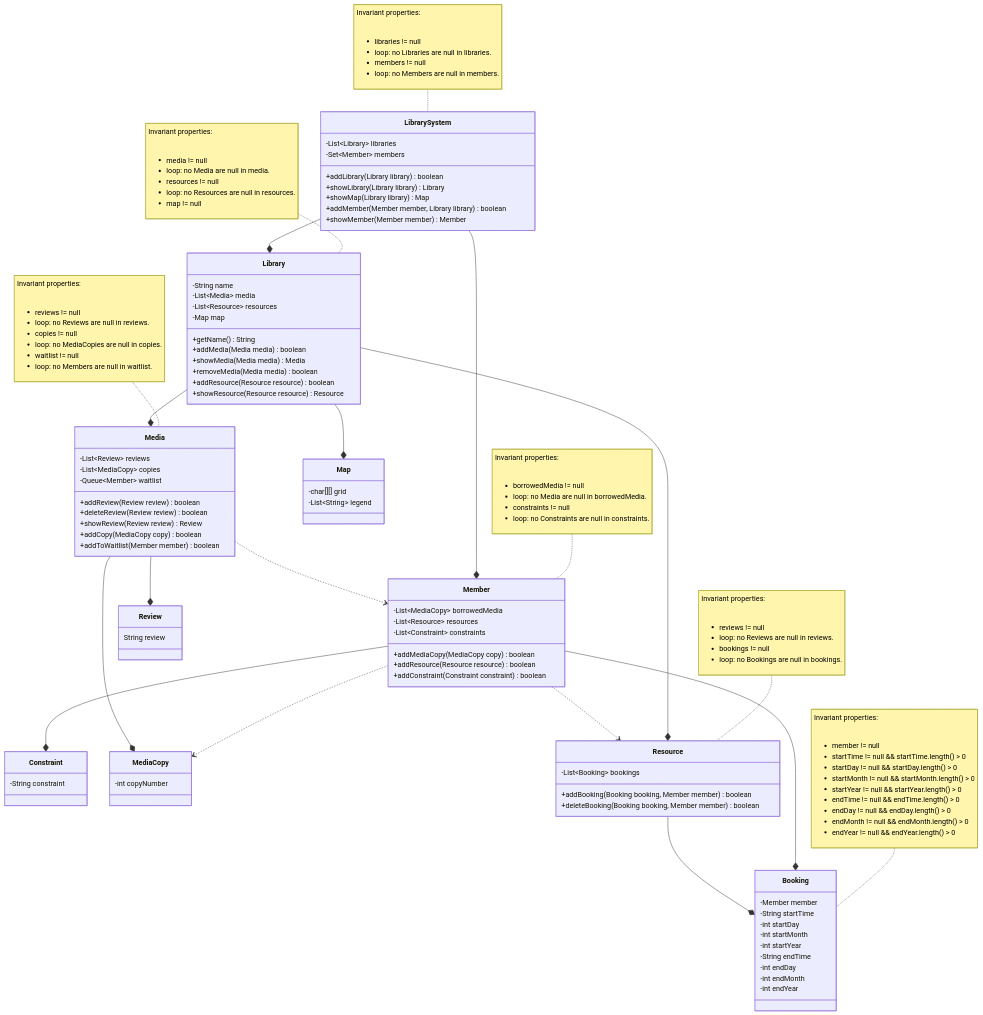
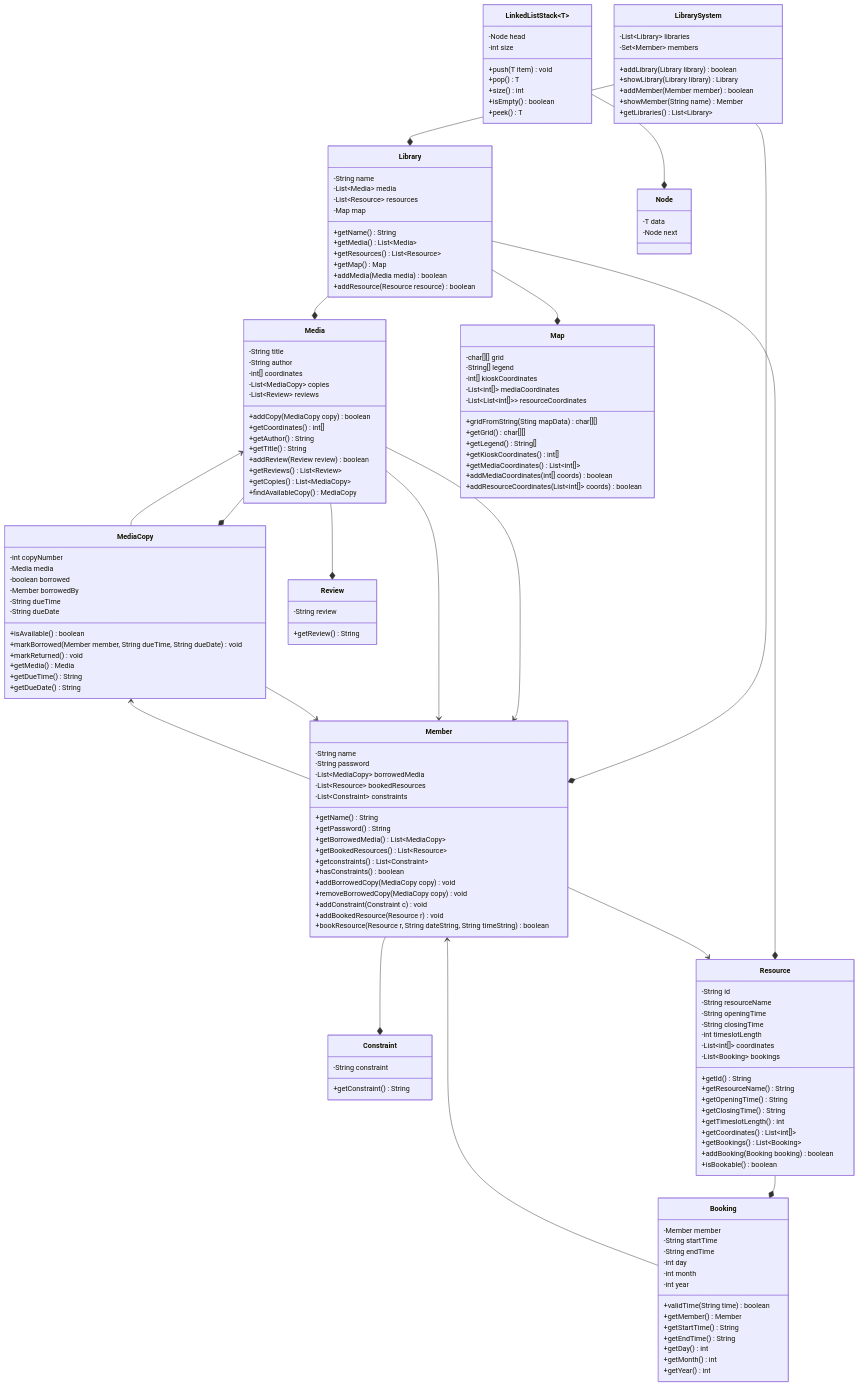
Before and after one commit to tsuki0272/Library_Manager_Project: the sixth of 6 diagrams in README.md, drawn with Mermaid. The commit also changed other lines of this file and 45 other files, not shown here.

````diff
--- a/README.md
+++ b/README.md
@@ -123,14 +162,12 @@
     class LibrarySystem {
         -List~Library~ libraries
         -Set~Member~ members
-        
+
         +addLibrary(Library library) boolean
         +showLibrary(Library library) Library
-        
-        +showMap(Library library) Map
-        
-        +addMember(Member member, Library library) boolean
-        +showMember(Member member) Member
+        +addMember(Member member) boolean
+        +showMember(String name) Member
+        +getLibraries() List~Library~
     }
 
     class Library {
@@ -140,156 +177,168 @@
         -Map map
 
         +getName() String
-
+        +getMedia() List~Media~
+        +getResources() List~Resource~
+        +getMap() Map
         +addMedia(Media media) boolean
-        +showMedia(Media media) Media
-        +removeMedia(Media media) boolean
-        
         +addResource(Resource resource) boolean
-        +showResource(Resource resource) Resource
     }
 
     class Member {
+        -String name
+        -String password
         -List~MediaCopy~ borrowedMedia
-        -List~Resource~ resources
+        -List~Resource~ bookedResources
         -List~Constraint~ constraints
-        
-        +addMediaCopy(MediaCopy copy) boolean
-        +addResource(Resource resource) boolean
-        +addConstraint(Constraint constraint) boolean
+
+        +getName() String
+        +getPassword() String
+        +getBorrowedMedia() List~MediaCopy~
+        +getBookedResources() List~Resource~
+        +getconstraints() List~Constraint~
+        +hasConstraints() boolean
+        +addBorrowedCopy(MediaCopy copy) void
+        +removeBorrowedCopy(MediaCopy copy) void
+        +addConstraint(Constraint c) void
+        +addBookedResource(Resource r) void
+        +bookResource(Resource r, String dateString, String timeString) boolean
     }
-    
+
     class Constraint {
         -String constraint
+        +getConstraint() String
     }
 
     class Media {
+        -String title
+        -String author
+        -int[] coordinates
+        -List~MediaCopy~ copies
         -List~Review~ reviews
-        -List~MediaCopy~ copies
-        -Queue~Member~ waitlist
-        
+
+        +addCopy(MediaCopy copy) boolean
+        +getCoordinates() int[]
+        +getAuthor() String
+        +getTitle() String
         +addReview(Review review) boolean
-        +deleteReview(Review review) boolean
-        +showReview(Review review) Review
-        
-        +addCopy(MediaCopy copy) boolean
-        +addToWaitlist(Member member) boolean
+        +getReviews() List~Review~
+        +getCopies() List~MediaCopy~
+        +findAvailableCopy() MediaCopy
     }
 
     class MediaCopy {
         -int copyNumber
+        -Media media
+        -boolean borrowed
+        -Member borrowedBy
+        -String dueTime
+        -String dueDate
+
+        +isAvailable() boolean
+        +markBorrowed(Member member, String dueTime, String dueDate) void
+        +markReturned() void
+        +getMedia() Media
+        +getDueTime() String
+        +getDueDate() String
     }
-    
+
     class Resource {
+        -String id
+        -String resourceName
+        -String openingTime
+        -String closingTime
+        -int timeslotLength
+        -List~int[]~ coordinates
         -List~Booking~ bookings
 
-        +addBooking(Booking booking, Member member) boolean
-        +deleteBooking(Booking booking, Member member) boolean
+        +getId() String
+        +getResourceName() String
+        +getOpeningTime() String
+        +getClosingTime() String
+        +getTimeslotLength() int
+        +getCoordinates() List~int[]~
+        +getBookings() List~Booking~
+        +addBooking(Booking booking) boolean
+        +isBookable() boolean
     }
-    
+
     class Review {
-        String review
+        -String review
+        +getReview() String
     }
-    
+
     class Booking {
         -Member member
-        
         -String startTime
-        -int startDay
-        -int startMonth
-        -int startYear
+        -String endTime
+        -int day
+        -int month
+        -int year
 
-        -String endTime
-        -int endDay
-        -int endMonth
-        -int endYear
+        +validTime(String time) boolean
+        +getMember() Member
+        +getStartTime() String
+        +getEndTime() String
+        +getDay() int
+        +getMonth() int
+        +getYear() int
     }
-    
+
     class Map {
         -char[][] grid
-        -List~String~ legend
+        -String[] legend
+        -int[] kioskCoordinates
+        -List~int[]~ mediaCoordinates
+        -List~List~int[]~~ resourceCoordinates
+
+        +gridFromString(Sting mapData) char[][]
+        +getGrid() char[][]
+        +getLegend() String[]
+        +getKioskCoordinates() int[]
+        +getMediaCoordinates() List~int[]~
+        +addMediaCoordinates(int[] coords) boolean
+        +addResourceCoordinates(List~int[]~ coords) boolean
     }
 
-    note for LibrarySystem "Invariant properties:
-    <ul>
-        <li>libraries != null
-        <li>loop: no Libraries are null in libraries.
+    class LinkedListStack~T~ {
+        -Node head
+        -int size
         
-        <li>members != null
-        <li>loop: no Members are null in members.
-    </ul>"
+        +push(T item) void
+        +pop() T
+        +size() int
+        +isEmpty() boolean
+        +peek() T
+    }
 
-    note for Library "Invariant properties:
-    <ul>
-        <li>media != null
-        <li>loop: no Media are null in media.
-        
-        <li>resources != null
-        <li>loop: no Resources are null in resources.
-        
-        <li>map != null
-    </ul>"
+    class Node {
+        -T data
+        -Node next
+    }
 
-    note for Member "Invariant properties:
-    <ul>
-        <li>borrowedMedia != null
-        <li>loop: no Media are null in borrowedMedia.
-        
-        <li>constraints != null
-        <li>loop: no Constraints are null in constraints.
-    </ul>"
-
-    note for Media "Invariant properties:
-    <ul>
-        <li>reviews != null
-        <li>loop: no Reviews are null in reviews.
-        
-        <li>copies != null
-        <li>loop: no MediaCopies are null in copies.
-        
-        <li>waitlist != null
-        <li>loop: no Members are null in waitlist.
-    </ul>"
-
-    note for Resource "Invariant properties:
-    <ul>
-        <li>reviews != null
-        <li>loop: no Reviews are null in reviews.
-        
-        <li>bookings != null
-        <li>loop: no Bookings are null in bookings.
-    </ul>"
-
-    note for Booking "Invariant properties:
-    <ul>
-        <li>member != null
-        
-        <li>startTime != null && startTime.length() > 0
-        <li>startDay != null && startDay.length() > 0
-        <li>startMonth != null && startMonth.length() > 0
-        <li>startYear != null && startYear.length() > 0
-        
-        <li>endTime != null && endTime.length() > 0
-        <li>endDay != null && endDay.length() > 0
-        <li>endMonth != null && endMonth.length() > 0
-        <li>endYear != null && endYear.length() > 0
-    </ul>"
+    
 
     LibrarySystem --* Library
     LibrarySystem --* Member
-    
+
     Library --* Map
     Library --* Media
     Library --* Resource
-    
+
     Member --* Constraint
-    Member --* Booking
-    Member ..> MediaCopy
-    Member ..> Resource
-    
+    Member --> MediaCopy
+    Member --> Resource
+
     Media --* MediaCopy
     Media --* Review
-    Media ..> Member
+    Media --> Member
+    Media --> Member
+
+    Resource --* Booking
+    Booking --> Member
+
+    MediaCopy --> Media
+    MediaCopy --> Member
     
-    Resource --* Booking
+    LinkedListStack --* Node
 ```
````
